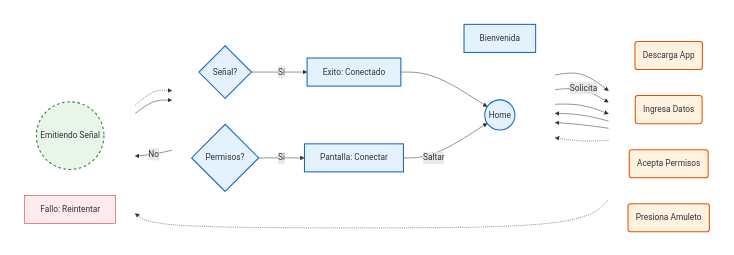
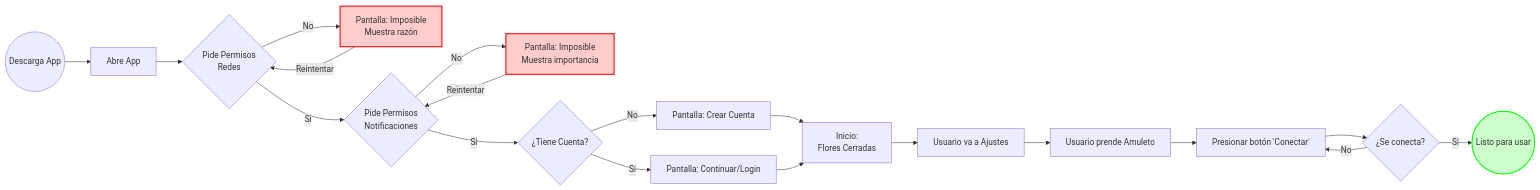
One commit to janisepulveda/auna changed the second of 5 diagrams in apuntes/README.md. Above: the diagram before and after it, drawn with Mermaid.

Commit message:
actualizar flujos

````diff
--- a/apuntes/README.md
+++ b/apuntes/README.md
@@ -68,70 +68,39 @@
 ```mermaid
-flowchart LR
-    %% --- ESTILOS ---
-    classDef user fill:#fff3e0,stroke:#e65100,stroke-width:2px;
-    classDef app fill:#e3f2fd,stroke:#1565c0,stroke-width:2px;
-    classDef physical fill:#e8f5e9,stroke:#2e7d32,stroke-width:2px,stroke-dasharray: 5 5;
-    classDef error fill:#ffebee,stroke:#c62828,stroke-width:1px;
+graph LR
+    %% Fase 1: Inicio y Permisos
+    A((Descarga App)) --> B[Abre App]
+    B --> C{Pide Permisos<br>Redes}
+    
+    %% Ramas Permiso Redes (CORREGIDO: Loop de reintento)
+    C -- No --> D[Pantalla: Imposible<br>Muestra razón]
+    D -- Reintentar --> C 
+    
+    C -- Sí --> E{Pide Permisos<br>Notificaciones}
 
-    %% --- DEFINICIÓN DE CARRILES ---
-    
-    subgraph UserLayer [ ]
-        direction LR
-        style UserLayer fill:none,stroke:none
-        Descarga(Descarga App):::user
-        Input(Ingresa Datos):::user
-        Acepta(Acepta Permisos):::user
-        Press(Presiona Amuleto):::user
-    end
+    %% Ramas Permiso Notificaciones (Loop de reintento)
+    E -- No --> F[Pantalla: Imposible<br>Muestra importancia]
+    F -- Reintentar --> E
 
-    subgraph AppLayer [ ]
-        direction LR
-        style AppLayer fill:none,stroke:none
-        Splash[Bienvenida]:::app
-        CheckPermisos{Permisos?}:::app
-        Conectar[Pantalla: Conectar]:::app
-        Detectando{Señal?}:::app
-        Exito[Exito: Conectado]:::app
-        Home((Home)):::app
-    end
+    E -- Sí --> G{¿Tiene Cuenta?}
 
-    subgraph HardLayer [ ]
-        direction LR
-        style HardLayer fill:none,stroke:none
-        Signal((Emitiendo Señal)):::physical
-        Error[Fallo: Reintentar]:::error
-    end
+    %% Fase 2: Cuenta
+    G -- No --> H[Pantalla: Crear Cuenta]
+    G -- Sí --> I[Pantalla: Continuar/Login]
 
-    %% --- FLUJO LÓGICO (FLECHAS) ---
+    %% Fase 3: Navegación Manual
+    H --> J[Inicio:<br>Flores Cerradas]
+    I --> J
+    J --> K[Usuario va a Ajustes]
+    K --> L[Usuario prende Amuleto]
+    L --> M[Presionar botón 'Conectar']
 
-    Descarga --> Splash
-    Splash --> Input
-    Input --> CheckPermisos
+    %% Fase 4: Loop de Conexión
+    M --> N{¿Se conecta?}
+    N -- No --> M
+    N -- Sí --> O((Listo para usar))
 
-    CheckPermisos -- Si --> Conectar
-    CheckPermisos -- Solicita --> Acepta
-    Acepta -.-> Conectar
-
-    Conectar --> Press
-    Press -.-> Signal
-    Signal -.-> Detectando
-
-    Detectando -- Sí --> Exito --> Home
-    Detectando -- No --> Error --> Conectar
-    Conectar -- Saltar --> Home
-
-    %% --- EL TRUCO: ANCLAJES VERTICALES (COSTURAS) ---
-    %% Esto obliga a que los nodos de cada "paso" estén alineados verticalmente
-    
-    %% Columna 1: Inicio
-    Descarga ~~~ Splash
-    
-    %% Columna 2: Datos
-    Input ~~~ CheckPermisos
-    
-    %% Columna 3: Permisos
-    Acepta ~~~ Conectar
-    
-    %% Columna 4: Acción Física
-    Press ~~~ Detectando ~~~ Signal
+    %% Estilos
+    style D fill:#ffcccc,stroke:#ff0000,stroke-width:2px
+    style F fill:#ffcccc,stroke:#ff0000,stroke-width:2px
+    style O fill:#ccffcc,stroke:#00ff00,stroke-width:2px
 ```
````
